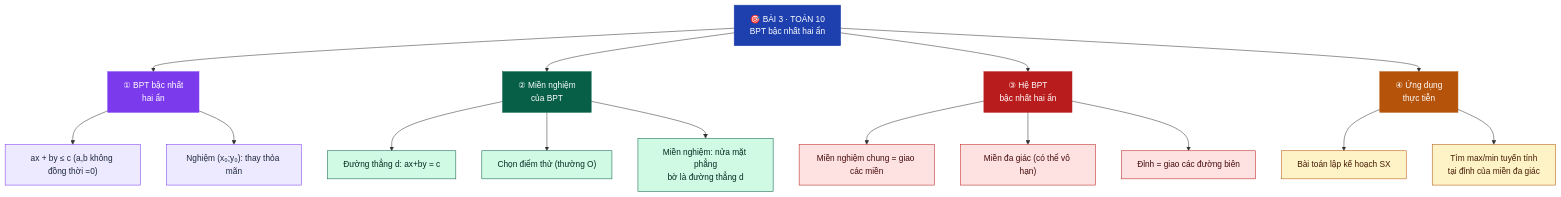
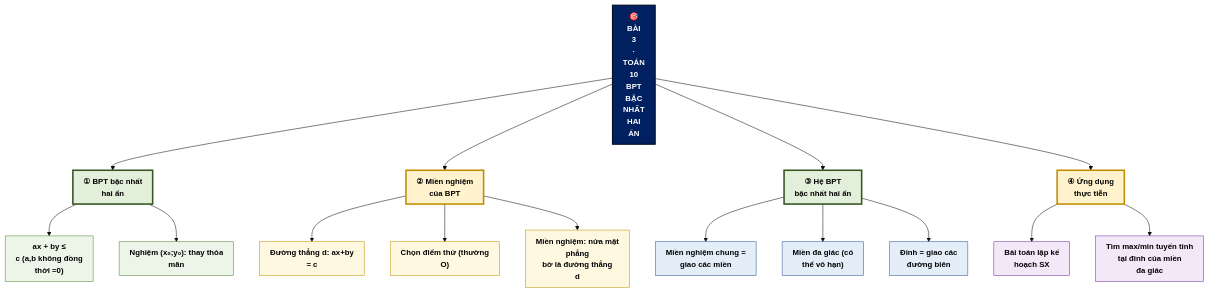
Before and after one commit to Trangtu66/Taode_thi_online: the seventh of 30 diagrams in README.md, drawn with Mermaid. The commit also changed other lines of this file and 299 other files, not shown here.

````diff
--- a/README.md
+++ b/README.md
@@ -253,32 +287,35 @@
 ```mermaid
+%%{init: {"theme": "base", "htmlLabels": true, "flowchart": {"htmlLabels": true, "padding": 10, "curve": "basis"}, "themeVariables": {"fontSize": "15px"}}}%%
 graph TD
-    G["🎯 BÀI 3 · TOÁN 10<br/>BPT bậc nhất hai ẩn"]:::root
+    G["🎯<BR/>BÀI<BR/>3<BR/>·<BR/>TOÁN<BR/>10<BR/>BPT<BR/>BẬC<BR/>NHẤT<BR/>HAI<BR/>ẨN"]:::root
     G --> A["① BPT bậc nhất<br/>hai ẩn"]:::n1
     G --> B["② Miền nghiệm<br/>của BPT"]:::n2
     G --> C["③ Hệ BPT<br/>bậc nhất hai ẩn"]:::n3
     G --> D["④ Ứng dụng<br/>thực tiễn"]:::n4
 
-    A --> A1["ax + by ≤ c (a,b không đồng thời =0)"]:::l1
-    A --> A2["Nghiệm (x₀;y₀): thay thỏa mãn"]:::l1
+    A --> A1["ax + by ≤<br/>c (a,b không đồng<br/>thời =0)"]:::l1
+    A --> A2["Nghiệm (x₀;y₀): thay thỏa<br/>mãn"]:::l1
 
-    B --> B1["Đường thẳng d: ax+by = c"]:::l2
-    B --> B2["Chọn điểm thử (thường O)"]:::l2
-    B --> B3["Miền nghiệm: nửa mặt phẳng<br/>bờ là đường thẳng d"]:::l2
+    B --> B1["Đường thẳng d: ax+by<br/>= c"]:::l2
+    B --> B2["Chọn điểm thử (thường<br/>O)"]:::l2
+    B --> B3["Miền nghiệm: nửa mặt<br/>phẳng<br/>bờ là đường thẳng<br/>d"]:::l2
 
-    C --> C1["Miền nghiệm chung = giao các miền"]:::l3
-    C --> C2["Miền đa giác (có thể vô hạn)"]:::l3
-    C --> C3["Đỉnh = giao các đường biên"]:::l3
+    C --> C1["Miền nghiệm chung =<br/>giao các miền"]:::l3
+    C --> C2["Miền đa giác (có<br/>thể vô hạn)"]:::l3
+    C --> C3["Đỉnh = giao các<br/>đường biên"]:::l3
 
-    D --> D1["Bài toán lập kế hoạch SX"]:::l4
-    D --> D2["Tìm max/min tuyến tính<br/>tại đỉnh của miền đa giác"]:::l4
+    D --> D1["Bài toán lập kế<br/>hoạch SX"]:::l4
+    D --> D2["Tìm max/min tuyến tính<br/>tại đỉnh của miền<br/>đa giác"]:::l4
 
-    classDef root fill:#1E40AF,color:#fff,stroke:#1E40AF
-    classDef n1 fill:#7C3AED,color:#fff,stroke:#7C3AED
-    classDef n2 fill:#065F46,color:#fff,stroke:#065F46
-    classDef n3 fill:#B91C1C,color:#fff,stroke:#B91C1C
-    classDef n4 fill:#B45309,color:#fff,stroke:#B45309
-    classDef l1 fill:#EDE9FE,color:#1E293B,stroke:#7C3AED
-    classDef l2 fill:#D1FAE5,color:#022c22,stroke:#065F46
-    classDef l3 fill:#FEE2E2,color:#450a0a,stroke:#B91C1C
-    classDef l4 fill:#FEF3C7,color:#451a03,stroke:#B45309
+    classDef root fill:#002060,color:#FFFFFF,stroke:#000B1E,stroke-width:2px,font-weight:bold
+    classDef n1 fill:#E2EFDA,color:#000000,stroke:#375623,stroke-width:3px,font-weight:bold
+    classDef n2 fill:#FFF2CC,color:#000000,stroke:#BF8F00,stroke-width:3px,font-weight:bold
+    classDef n3 fill:#E2EFDA,color:#000000,stroke:#375623,stroke-width:3px,font-weight:bold
+    classDef n4 fill:#FFF2CC,color:#000000,stroke:#BF8F00,stroke-width:3px,font-weight:bold
+    classDef n5 fill:#E2EFDA,color:#000000,stroke:#375623,stroke-width:3px,font-weight:bold
+    classDef l1 fill:#EDF5E8,color:#000000,stroke:#548235
+    classDef l2 fill:#FFF8E1,color:#000000,stroke:#BF8F00
+    classDef l3 fill:#E3EEF9,color:#000000,stroke:#2F5597
+    classDef l4 fill:#F3E8F7,color:#000000,stroke:#7030A0
+    classDef l5 fill:#FDE9E1,color:#000000,stroke:#C55A11
 ```
````
